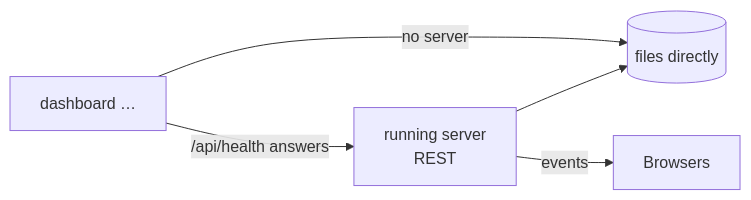
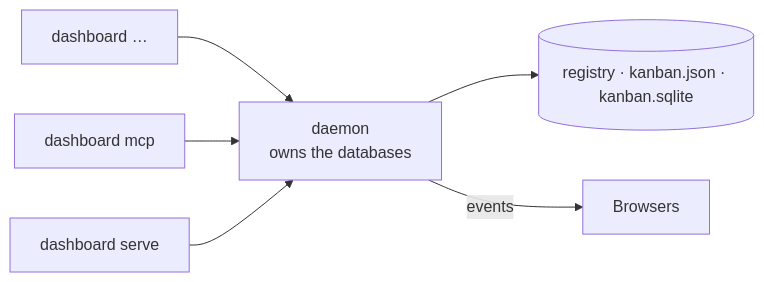
Before and after one commit to amine2233/kanban-harness: the diagram in website/docs/cli.md, drawn with Mermaid. The commit also changed other lines of this file and 13 other files, not shown here.

````diff
--- a/website/docs/cli.md
+++ b/website/docs/cli.md
@@ -17,7 +20,8 @@
 ```mermaid
 flowchart LR
-  CLI[dashboard …] -->|/api/health answers| Server[running server<br/>REST]
-  CLI -->|no server| Files[(files directly)]
-  Server --> Files
-  Server -->|events| Browsers
+  CLI[dashboard …] --> Daemon[daemon<br/>owns the databases]
+  MCP[dashboard mcp] --> Daemon
+  Serve[dashboard serve] --> Daemon
+  Daemon --> Files[(registry · kanban.json · kanban.sqlite)]
+  Daemon -->|events| Browsers
 ```
````
